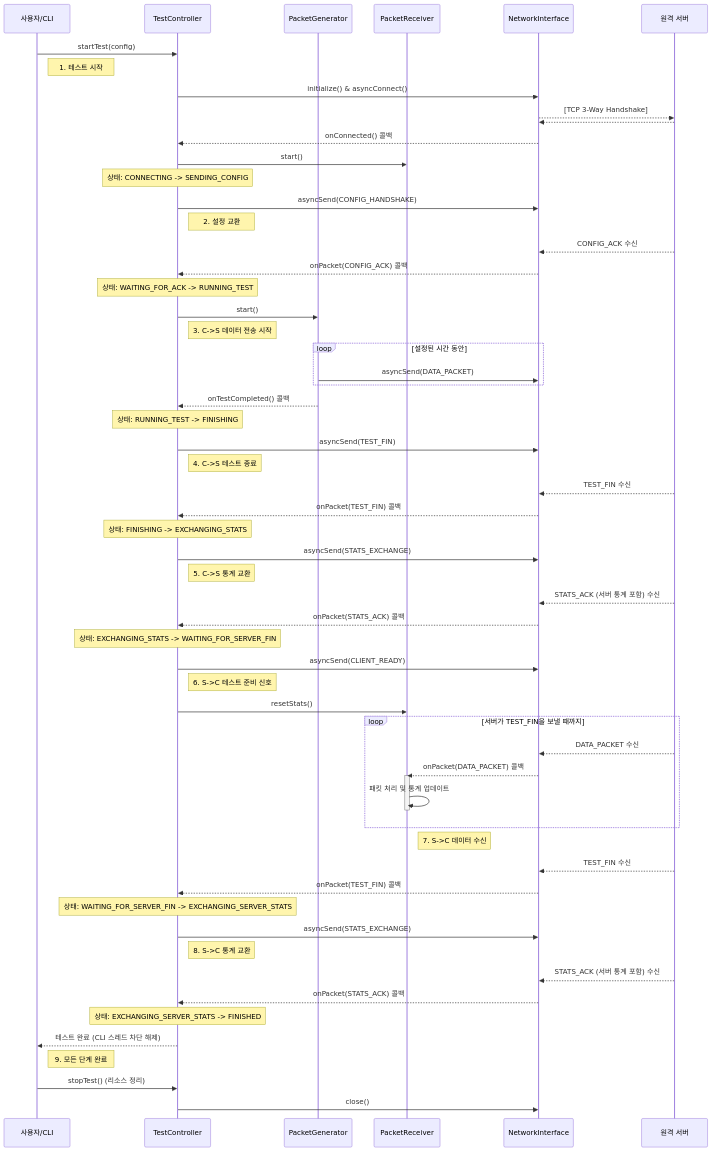
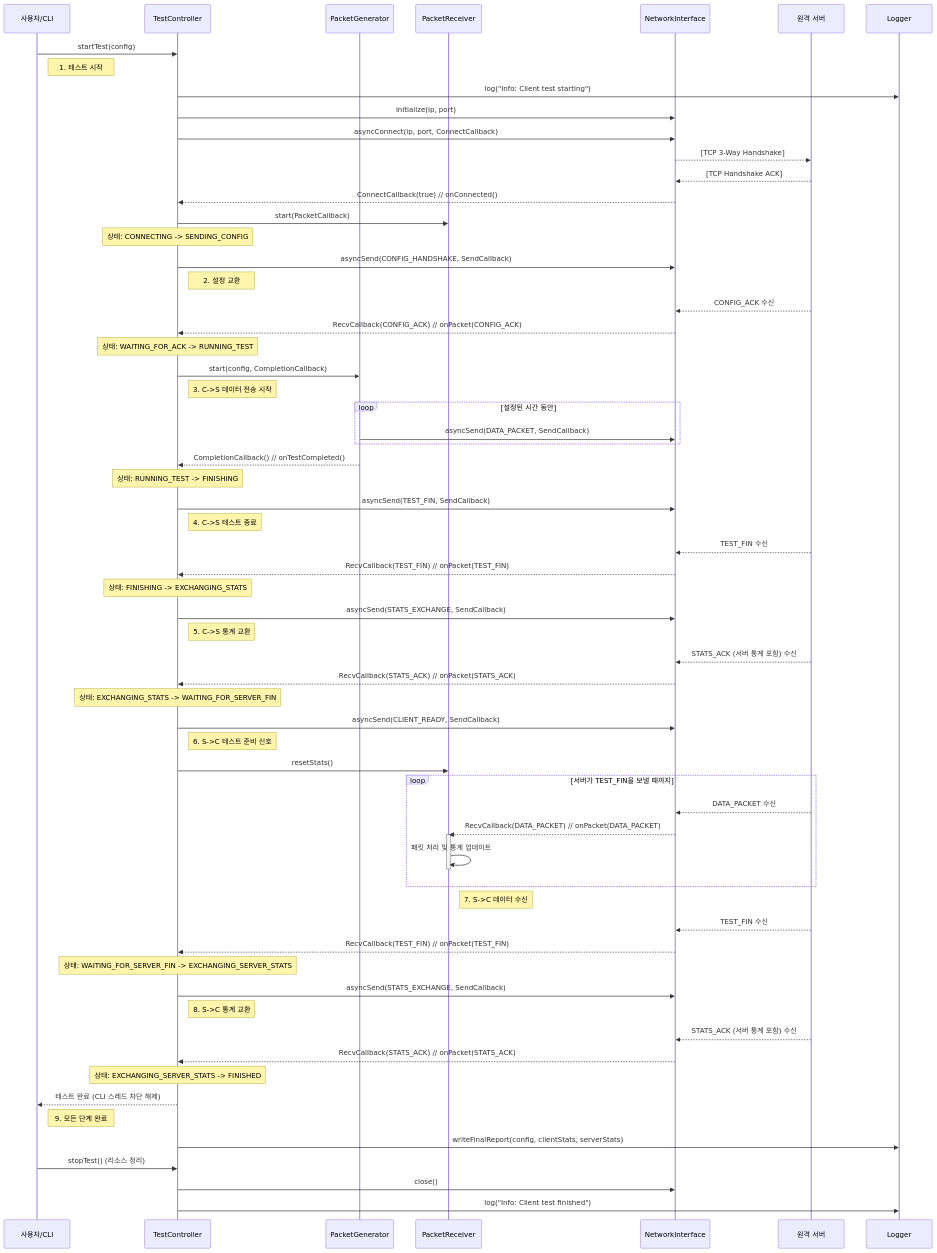
The diagram in MyIperf/UML/ClientSequenceDiagram.md (JunKIM2603a/MyIperf), drawn with Mermaid before and after one commit. The commit also changed other lines of this file and 17 other files, not shown here.

````diff
--- a/MyIperf/UML/ClientSequenceDiagram.md
+++ b/MyIperf/UML/ClientSequenceDiagram.md
@@ -7,75 +19,80 @@
 ```mermaid
 sequenceDiagram
     participant User as 사용자/CLI
     participant Controller as TestController
     participant Generator as PacketGenerator
     participant Receiver as PacketReceiver
     participant Network as NetworkInterface
     participant Server as 원격 서버
+    participant Logger as Logger
 
     User->>Controller: startTest(config)
     note right of User: 1. 테스트 시작
+    Controller->>Logger: log("Info: Client test starting")
 
-    Controller->>Network: initialize() & asyncConnect()
+    Controller->>Network: initialize(ip, port)
+    Controller->>Network: asyncConnect(ip, port, ConnectCallback)
     Network-->>Server: [TCP 3-Way Handshake]
-    Server-->>Network: 
-    Network-->>Controller: onConnected() 콜백
-    Controller->>Receiver: start()
+    Server-->>Network: [TCP Handshake ACK]
+    Network-->>Controller: ConnectCallback(true) // onConnected()
+    Controller->>Receiver: start(PacketCallback)
     note over Controller: 상태: CONNECTING -> SENDING_CONFIG
 
-    Controller->>Network: asyncSend(CONFIG_HANDSHAKE)
+    Controller->>Network: asyncSend(CONFIG_HANDSHAKE, SendCallback)
     note right of Controller: 2. 설정 교환
     Server-->>Network: CONFIG_ACK 수신
-    Network-->>Controller: onPacket(CONFIG_ACK) 콜백
+    Network-->>Controller: RecvCallback(CONFIG_ACK) // onPacket(CONFIG_ACK)
     note over Controller: 상태: WAITING_FOR_ACK -> RUNNING_TEST
 
-    Controller->>Generator: start()
+    Controller->>Generator: start(config, CompletionCallback)
     note right of Controller: 3. C->S 데이터 전송 시작
 
     loop 설정된 시간 동안
-        Generator->>Network: asyncSend(DATA_PACKET)
+        Generator->>Network: asyncSend(DATA_PACKET, SendCallback)
     end
 
-    Generator-->>Controller: onTestCompleted() 콜백
+    Generator-->>Controller: CompletionCallback() // onTestCompleted()
     note over Controller: 상태: RUNNING_TEST -> FINISHING
-    Controller->>Network: asyncSend(TEST_FIN)
+    Controller->>Network: asyncSend(TEST_FIN, SendCallback)
     note right of Controller: 4. C->S 테스트 종료
 
     Server-->>Network: TEST_FIN 수신
-    Network-->>Controller: onPacket(TEST_FIN) 콜백
+    Network-->>Controller: RecvCallback(TEST_FIN) // onPacket(TEST_FIN)
     note over Controller: 상태: FINISHING -> EXCHANGING_STATS
 
-    Controller->>Network: asyncSend(STATS_EXCHANGE)
+    Controller->>Network: asyncSend(STATS_EXCHANGE, SendCallback)
     note right of Controller: 5. C->S 통계 교환
     Server-->>Network: STATS_ACK (서버 통계 포함) 수신
-    Network-->>Controller: onPacket(STATS_ACK) 콜백
+    Network-->>Controller: RecvCallback(STATS_ACK) // onPacket(STATS_ACK)
     note over Controller: 상태: EXCHANGING_STATS -> WAITING_FOR_SERVER_FIN
 
-    Controller->>Network: asyncSend(CLIENT_READY)
+    Controller->>Network: asyncSend(CLIENT_READY, SendCallback)
     note right of Controller: 6. S->C 테스트 준비 신호
     Controller->>Receiver: resetStats()
 
     loop 서버가 TEST_FIN을 보낼 때까지
         Server-->>Network: DATA_PACKET 수신
-        Network-->>Receiver: onPacket(DATA_PACKET) 콜백
+        Network-->>Receiver: RecvCallback(DATA_PACKET) // onPacket(DATA_PACKET)
         activate Receiver
         Receiver->>Receiver: 패킷 처리 및 통계 업데이트
         deactivate Receiver
     end
     note right of Receiver: 7. S->C 데이터 수신
 
     Server-->>Network: TEST_FIN 수신
-    Network-->>Controller: onPacket(TEST_FIN) 콜백
+    Network-->>Controller: RecvCallback(TEST_FIN) // onPacket(TEST_FIN)
     note over Controller: 상태: WAITING_FOR_SERVER_FIN -> EXCHANGING_SERVER_STATS
-    Controller->>Network: asyncSend(STATS_EXCHANGE)
+    Controller->>Network: asyncSend(STATS_EXCHANGE, SendCallback)
     note right of Controller: 8. S->C 통계 교환
 
     Server-->>Network: STATS_ACK (서버 통계 포함) 수신
-    Network-->>Controller: onPacket(STATS_ACK) 콜백
+    Network-->>Controller: RecvCallback(STATS_ACK) // onPacket(STATS_ACK)
     note over Controller: 상태: EXCHANGING_SERVER_STATS -> FINISHED
 
     Controller-->>User: 테스트 완료 (CLI 스레드 차단 해제)
     note right of User: 9. 모든 단계 완료
+    Controller->>Logger: writeFinalReport(config, clientStats, serverStats)
     User->>Controller: stopTest() (리소스 정리)
     Controller->>Network: close()
+    Controller->>Logger: log("Info: Client test finished")
 ```
````
